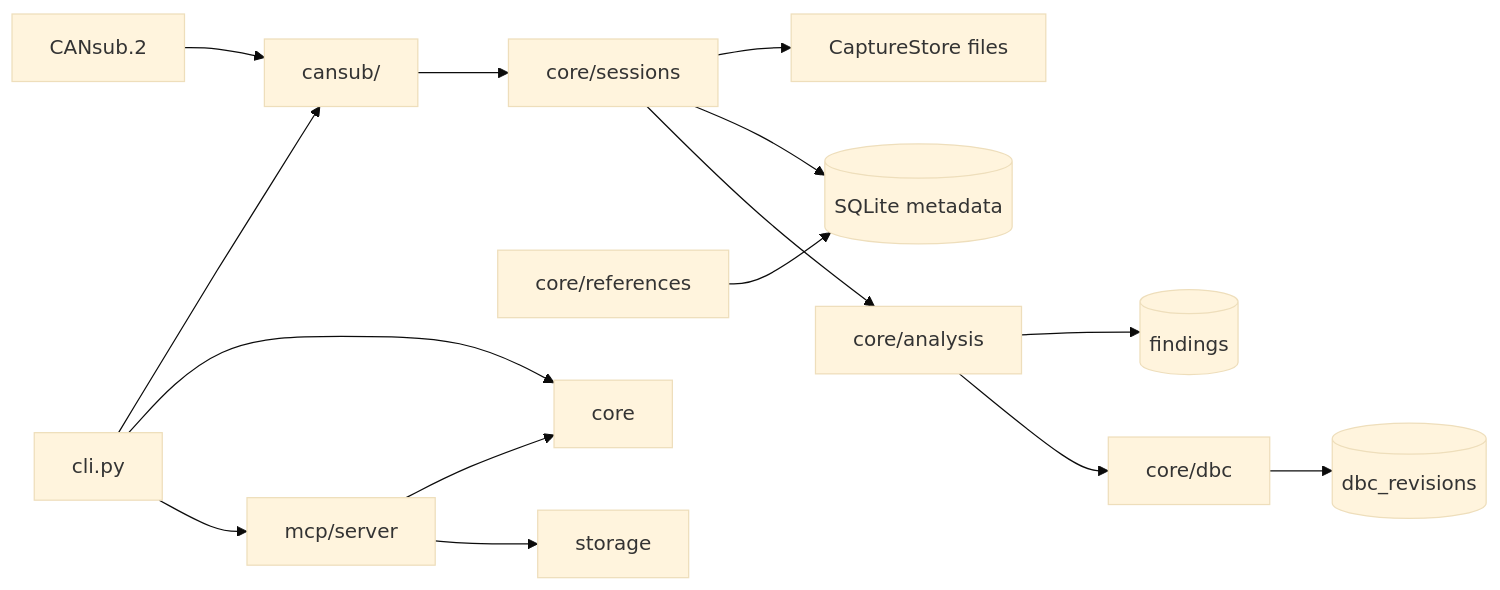
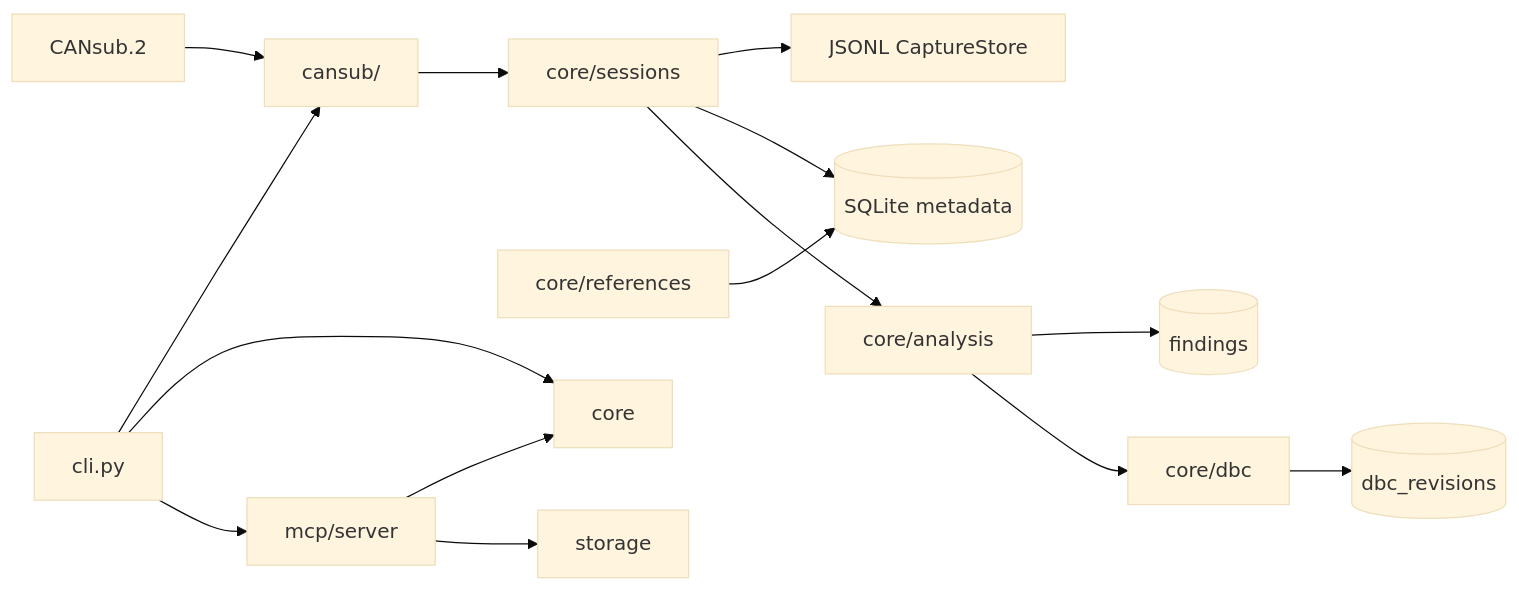
The diagram in docs/ARCHITECTURE.md (Bobson854/can-research), drawn with Mermaid (base theme) before and after one commit. The commit also changed other lines of this file and 4 other files, not shown here.

````diff
--- a/docs/ARCHITECTURE.md
+++ b/docs/ARCHITECTURE.md
@@ -56,17 +78,17 @@
 ```mermaid
 flowchart LR
     CANsub[CANsub.2] --> cansub[cansub/]
     cansub --> sessions[core/sessions]
-    sessions --> store[CaptureStore files]
+    sessions --> store[JSONL CaptureStore]
     sessions --> sqlite[(SQLite metadata)]
     sessions --> analysis[core/analysis]
     analysis --> findings[(findings)]
     references[core/references] --> sqlite
     analysis --> dbc[core/dbc]
     dbc --> revisions[(dbc_revisions)]
     mcp[mcp/server] --> core
     mcp --> storage
     cli[cli.py] --> cansub
     cli --> core
     cli --> mcp
 ```
````
